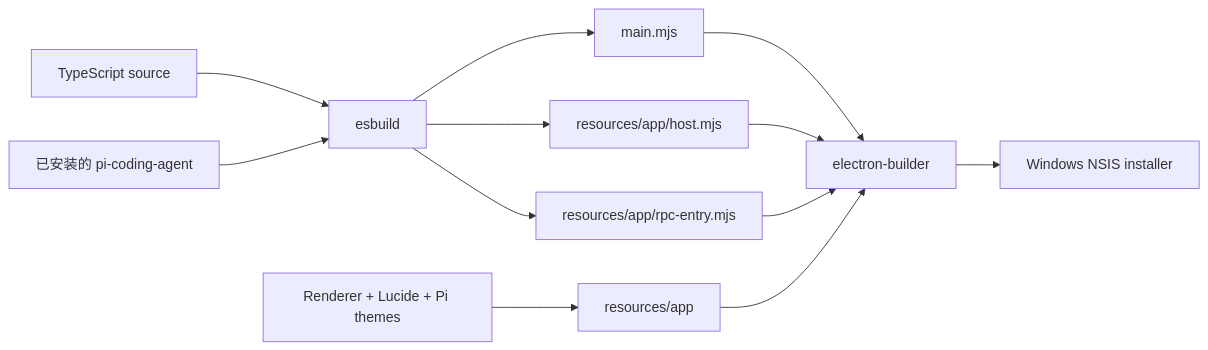
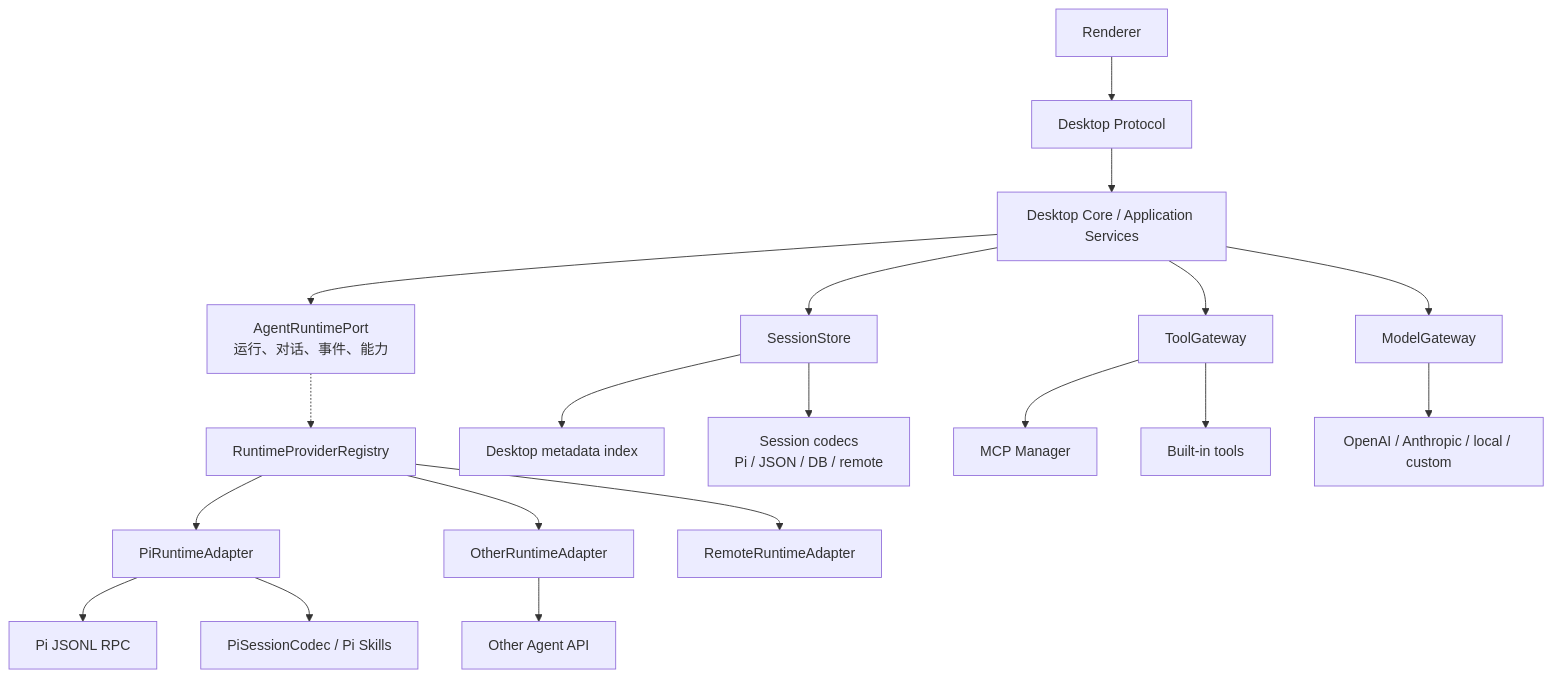
Before and after one commit to yangxl12/pi-desktop: the sixth of 7 diagrams in doc/pi-desktop-architecture-analysis.md, drawn with Mermaid. The commit also changed other lines of this file and 46 other files, not shown here.

````diff
--- a/doc/pi-desktop-architecture-analysis.md
+++ b/doc/pi-desktop-architecture-analysis.md
@@ -505,14 +367,21 @@
 ```mermaid
-flowchart LR
-  SRC["TypeScript source"] --> EBUILD["esbuild"]
-  PI_PKG["已安装的 pi-coding-agent"] --> EBUILD
-  EBUILD --> MAIN["main.mjs"]
-  EBUILD --> HOST["resources/app/host.mjs"]
-  EBUILD --> RPC["resources/app/rpc-entry.mjs"]
-  ASSETS["Renderer + Lucide + Pi themes"] --> RES["resources/app"]
-  MAIN --> BUILDER["electron-builder"]
-  HOST --> BUILDER
-  RPC --> BUILDER
-  RES --> BUILDER
-  BUILDER --> EXE["Windows NSIS installer"]
+flowchart TB
+  UI["Renderer"] --> DP["Desktop Protocol"]
+  DP --> CORE["Desktop Core / Application Services"]
+  CORE --> RUNTIME["AgentRuntimePort\n运行、对话、事件、能力"]
+  CORE --> SESSION["SessionStore"]
+  CORE --> TOOLS["ToolGateway"]
+  CORE --> MODELS["ModelGateway"]
+  REG["RuntimeProviderRegistry"] --> PI_ADAPTER["PiRuntimeAdapter"]
+  REG --> OTHER_ADAPTER["OtherRuntimeAdapter"]
+  REG --> REMOTE_ADAPTER["RemoteRuntimeAdapter"]
+  RUNTIME -.-> REG
+  PI_ADAPTER --> PI_RPC["Pi JSONL RPC"]
+  PI_ADAPTER --> PI_CODEC["PiSessionCodec / Pi Skills"]
+  OTHER_ADAPTER --> OTHER["Other Agent API"]
+  SESSION --> SQLITE["Desktop metadata index"]
+  SESSION --> CODECS["Session codecs\nPi / JSON / DB / remote"]
+  TOOLS --> MCP["MCP Manager"]
+  TOOLS --> BUILTIN["Built-in tools"]
+  MODELS --> PROVIDERS["OpenAI / Anthropic / local / custom"]
 ```
````
